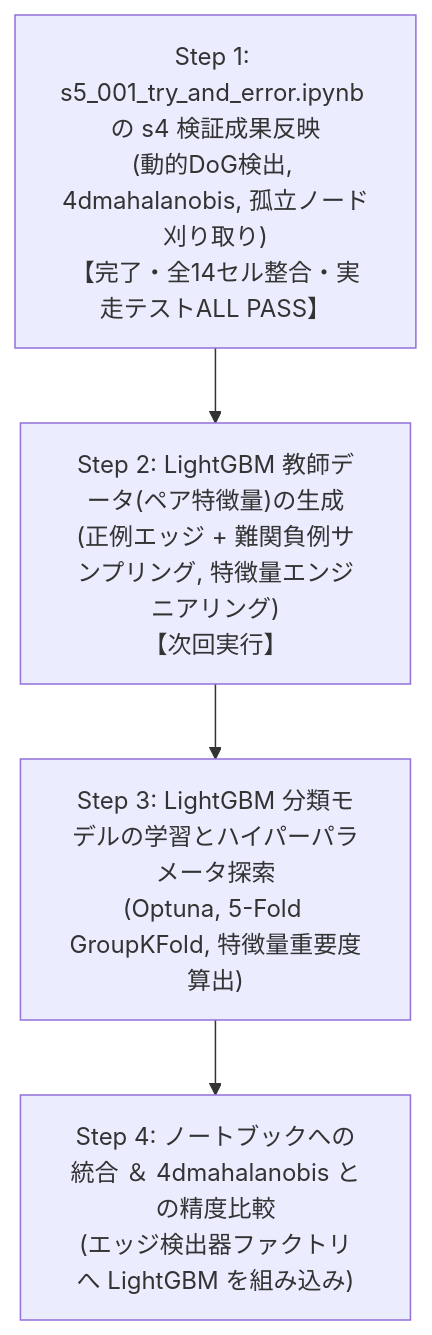
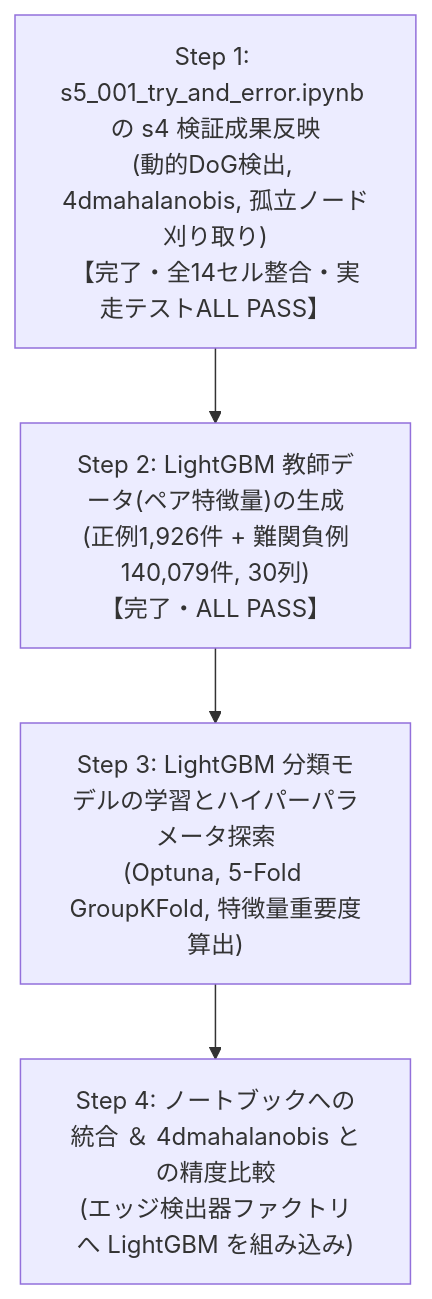
The diagram in s5_summary/s5_001_summary.md (kito2718/kaggle_Biohub-Cell_Tracking_During_Development), drawn with Mermaid before and after one commit. The commit also changed other lines of this file and 8 other files, not shown here.

````diff
--- a/s5_summary/s5_001_summary.md
+++ b/s5_summary/s5_001_summary.md
@@ -94,11 +127,11 @@
 ```mermaid
 graph TD
     Step1["Step 1: s5_001_try_and_error.ipynb の s4 検証成果反映<br/>(動的DoG検出, 4dmahalanobis, 孤立ノード刈り取り)<br/>【完了・全14セル整合・実走テストALL PASS】"]
-    Step2["Step 2: LightGBM 教師データ(ペア特徴量)の生成<br/>(正例エッジ + 難関負例サンプリング, 特徴量エンジニアリング)<br/>【次回実行】"]
+    Step2["Step 2: LightGBM 教師データ(ペア特徴量)の生成<br/>(正例1,926件 + 難関負例140,079件, 30列)<br/>【完了・ALL PASS】"]
     Step3["Step 3: LightGBM 分類モデルの学習とハイパーパラメータ探索<br/>(Optuna, 5-Fold GroupKFold, 特徴量重要度算出)"]
     Step4["Step 4: ノートブックへの統合 ＆ 4dmahalanobis との精度比較<br/>(エッジ検出器ファクトリへ LightGBM を組み込み)"]
 
     Step1 --> Step2
     Step2 --> Step3
     Step3 --> Step4
 ```
````
